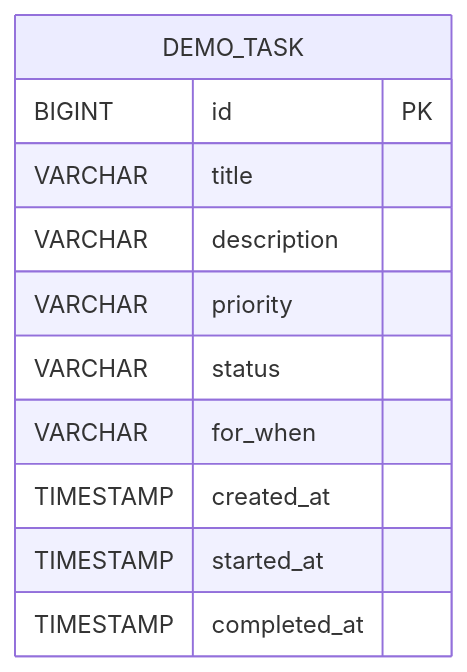
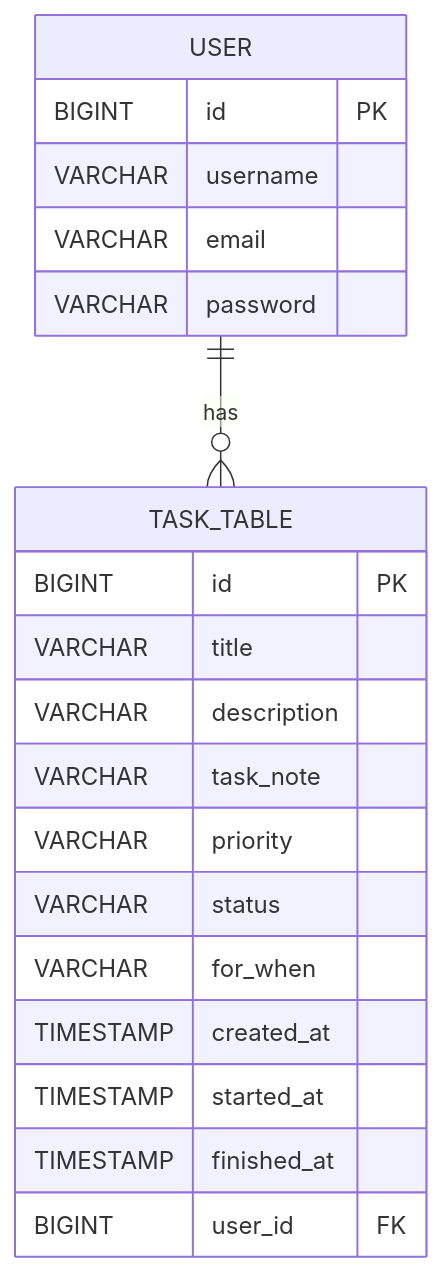
Before and after one commit to SharwanKunwar/Laboratory-2083: the fourth of 5 diagrams in BackendPracticeApplications/DemoTask/README.md, drawn with Mermaid. The commit also changed other lines of this file, not shown here.

````diff
--- a/BackendPracticeApplications/DemoTask/README.md
+++ b/BackendPracticeApplications/DemoTask/README.md
@@ -542,14 +592,25 @@
 ```mermaid
 erDiagram
-    DEMO_TASK {
+    USER {
+        BIGINT id PK
+        VARCHAR username
+        VARCHAR email
+        VARCHAR password
+    }
+
+    TASK_TABLE {
         BIGINT id PK
         VARCHAR title
         VARCHAR description
+        VARCHAR task_note
         VARCHAR priority
         VARCHAR status
         VARCHAR for_when
         TIMESTAMP created_at
         TIMESTAMP started_at
-        TIMESTAMP completed_at
+        TIMESTAMP finished_at
+        BIGINT user_id FK
     }
+
+    USER ||--o{ TASK_TABLE : "has"
 ```
````
